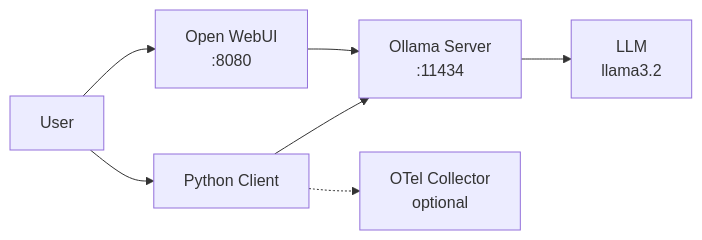
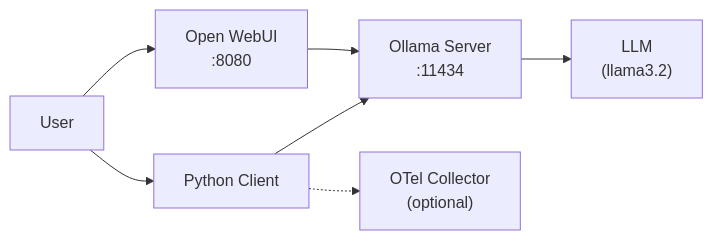
Before and after one commit to kylehounslow/ollama-docker-compose: the diagram in README.md, drawn with Mermaid. The commit also changed other lines of this file, not shown here.

````diff
--- a/README.md
+++ b/README.md
@@ -5,9 +5,9 @@
 ```mermaid
 graph LR
     A[User] --> B[Open WebUI<br/>:8080]
     A --> C[Python Client]
     B --> D[Ollama Server<br/>:11434]
     C --> D
-    D --> E[LLM<br/>llama3.2]
-    C -.-> F[OTel Collector<br/>optional]
+    D --> E["LLM<br/>(llama3.2)"]
+    C -.-> F["OTel Collector<br/>(optional)"]
 ```
````
